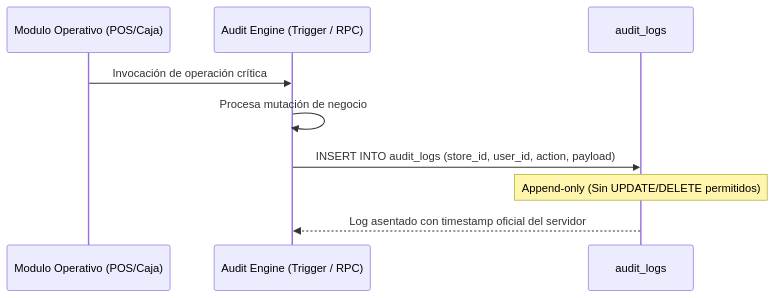
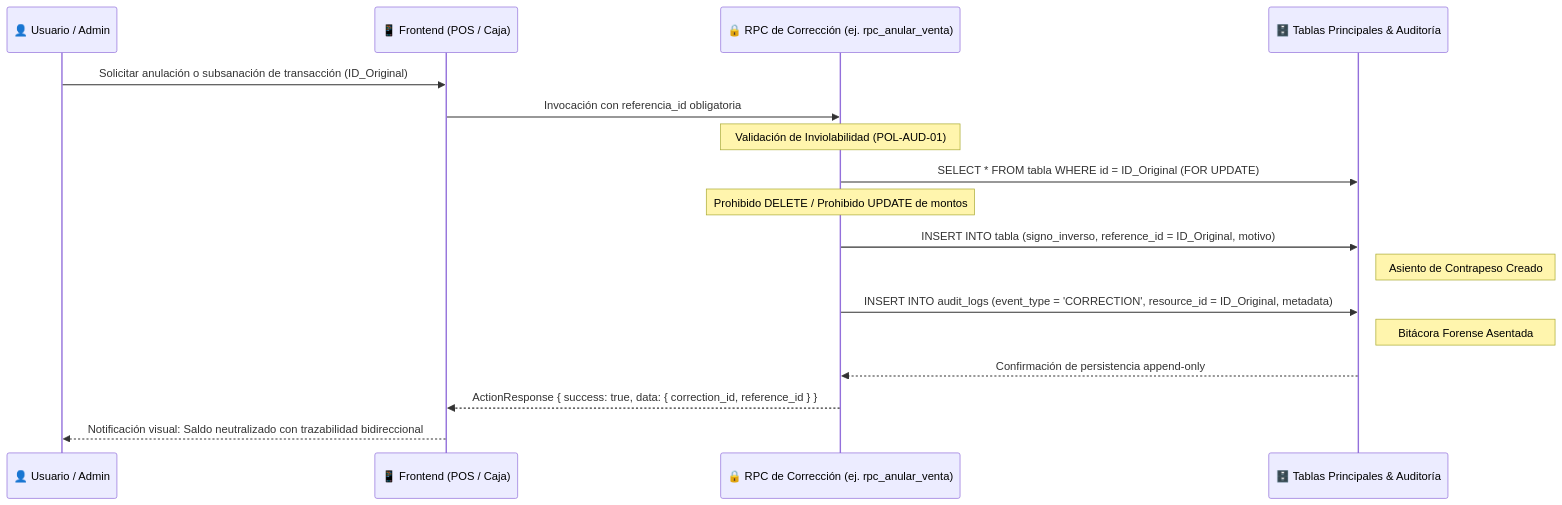
Before and after one commit to YamirJCF/tienda-barrio-pro: the second of 6 diagrams in documentation/01_requirements/SDD/SDD_005_AUDITORIA_TRAZABILIDAD.md, drawn with Mermaid. The commit also changed other lines of this file, not shown here.

Commit message:
docs(sdd): rectificar y sanitizar SDD-005 bajo protocolo PAC-SDD estricto con certificacion QA

````diff
--- a/documentation/01_requirements/SDD/SDD_005_AUDITORIA_TRAZABILIDAD.md
+++ b/documentation/01_requirements/SDD/SDD_005_AUDITORIA_TRAZABILIDAD.md
@@ -41,12 +136,24 @@
 ```mermaid
 sequenceDiagram
-    participant Componente as Modulo Operativo (POS/Caja)
-    participant Engine as Audit Engine (Trigger / RPC)
-    participant DB as audit_logs
+    participant Operador as 👤 Usuario / Admin
+    participant UI as 📱 Frontend (POS / Caja)
+    participant RPC as 🔒 RPC de Corrección (ej. rpc_anular_venta)
+    participant DB as 🗄️ Tablas Principales & Auditoría
 
-    Componente->>Engine: Invocación de operación crítica
-    Engine->>Engine: Procesa mutación de negocio
-    Engine->>DB: INSERT INTO audit_logs (store_id, user_id, action, payload)
-    Note over DB: Append-only (Sin UPDATE/DELETE permitidos)
-    DB-->>Engine: Log asentado con timestamp oficial del servidor
+    Operador->>UI: Solicitar anulación o subsanación de transacción (ID_Original)
+    UI->>RPC: Invocación con referencia_id obligatoria
+    
+    Note over RPC: Validación de Inviolabilidad (POL-AUD-01)
+    RPC->>DB: SELECT * FROM tabla WHERE id = ID_Original (FOR UPDATE)
+    
+    Note over RPC: Prohibido DELETE / Prohibido UPDATE de montos
+    RPC->>DB: INSERT INTO tabla (signo_inverso, reference_id = ID_Original, motivo)
+    Note right of DB: Asiento de Contrapeso Creado
+    
+    RPC->>DB: INSERT INTO audit_logs (event_type = 'CORRECTION', resource_id = ID_Original, metadata)
+    Note right of DB: Bitácora Forense Asentada
+    
+    DB-->>RPC: Confirmación de persistencia append-only
+    RPC-->>UI: ActionResponse { success: true, data: { correction_id, reference_id } }
+    UI-->>Operador: Notificación visual: Saldo neutralizado con trazabilidad bidireccional
 ```
````
